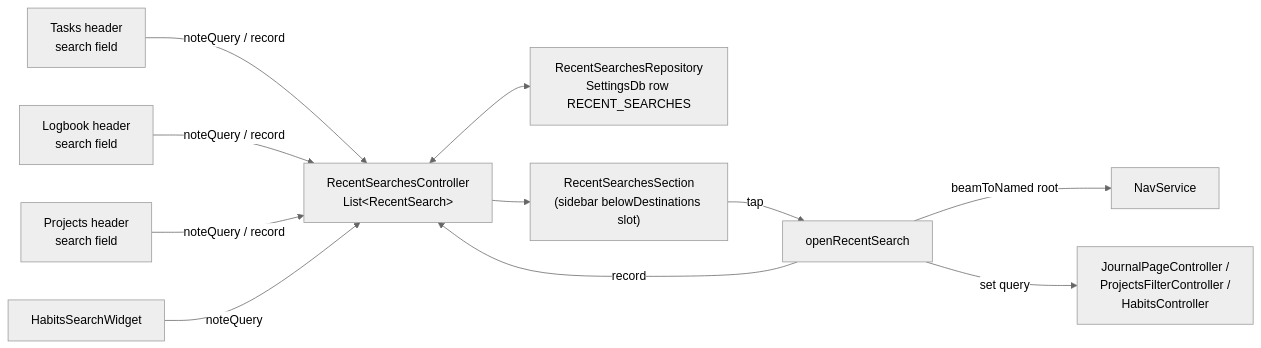
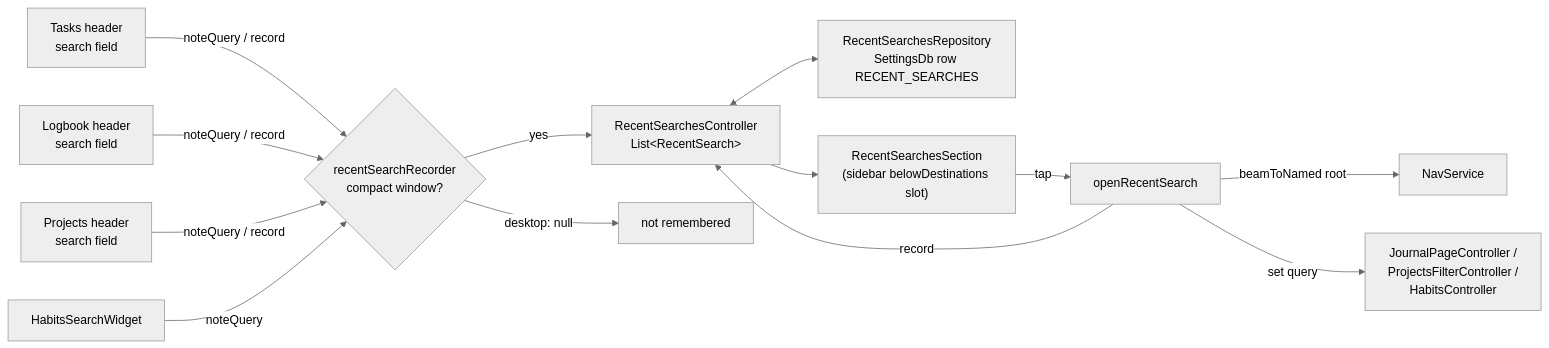
Before and after one commit to matthiasn/lotti: the first of 2 diagrams in knowledge/features/recent_searches.md, drawn with Mermaid (neutral theme). The commit also changed other lines of this file and 67 other files, not shown here.

````diff
--- a/knowledge/features/recent_searches.md
+++ b/knowledge/features/recent_searches.md
@@ -34,13 +30,15 @@
 ```mermaid
 flowchart LR
-  Tasks["Tasks header<br/>search field"] -->|noteQuery / record| Ctrl
-  Logbook["Logbook header<br/>search field"] -->|noteQuery / record| Ctrl
-  Projects["Projects header<br/>search field"] -->|noteQuery / record| Ctrl
-  Habits["HabitsSearchWidget"] -->|noteQuery| Ctrl
+  Tasks["Tasks header<br/>search field"] -->|noteQuery / record| Gate
+  Logbook["Logbook header<br/>search field"] -->|noteQuery / record| Gate
+  Projects["Projects header<br/>search field"] -->|noteQuery / record| Gate
+  Habits["HabitsSearchWidget"] -->|noteQuery| Gate
+  Gate{"recentSearchRecorder<br/>compact window?"} -->|yes| Ctrl
+  Gate -->|desktop: null| Drop["not remembered"]
   Ctrl["RecentSearchesController<br/>List&lt;RecentSearch&gt;"] <--> Repo["RecentSearchesRepository<br/>SettingsDb row RECENT_SEARCHES"]
   Ctrl --> Section["RecentSearchesSection<br/>(sidebar belowDestinations slot)"]
   Section -->|tap| Open["openRecentSearch"]
   Open -->|beamToNamed root| Nav["NavService"]
   Open -->|set query| Owners["JournalPageController /<br/>ProjectsFilterController /<br/>HabitsController"]
   Open -->|record| Ctrl
 ```
````
